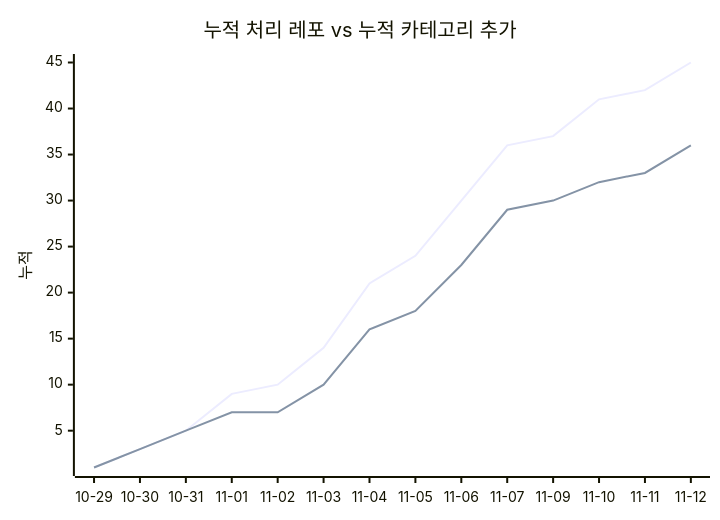
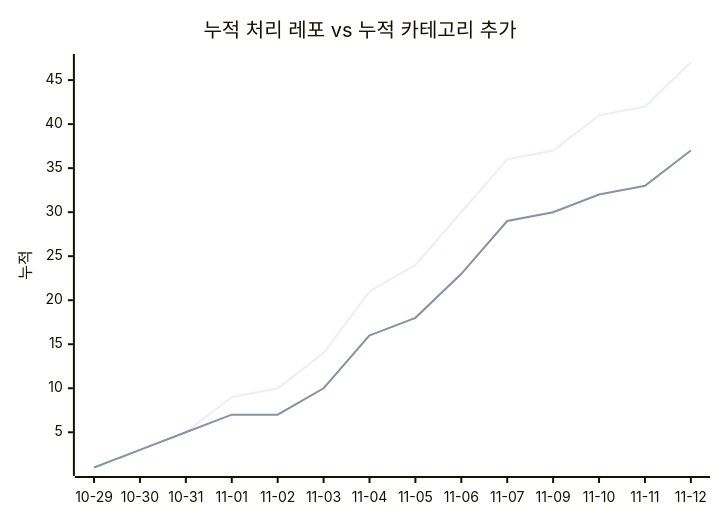
Before and after one commit to J-nowcow/awesome-korean-agent-skills: the second of 2 diagrams in docs/trends.md, drawn with Mermaid. The commit also changed other lines of this file and 4 other files, not shown here.

````diff
--- a/docs/trends.md
+++ b/docs/trends.md
@@ -68,8 +68,8 @@
 ```mermaid
 xychart-beta
     title "누적 처리 레포 vs 누적 카테고리 추가"
     x-axis ["10-29","10-30","10-31","11-01","11-02","11-03","11-04","11-05","11-06","11-07","11-09","11-10","11-11","11-12"]
     y-axis "누적"
-    line [1,3,5,9,10,14,21,24,30,36,37,41,42,45]
-    line [1,3,5,7,7,10,16,18,23,29,30,32,33,36]
+    line [1,3,5,9,10,14,21,24,30,36,37,41,42,47]
+    line [1,3,5,7,7,10,16,18,23,29,30,32,33,37]
 ```
````
